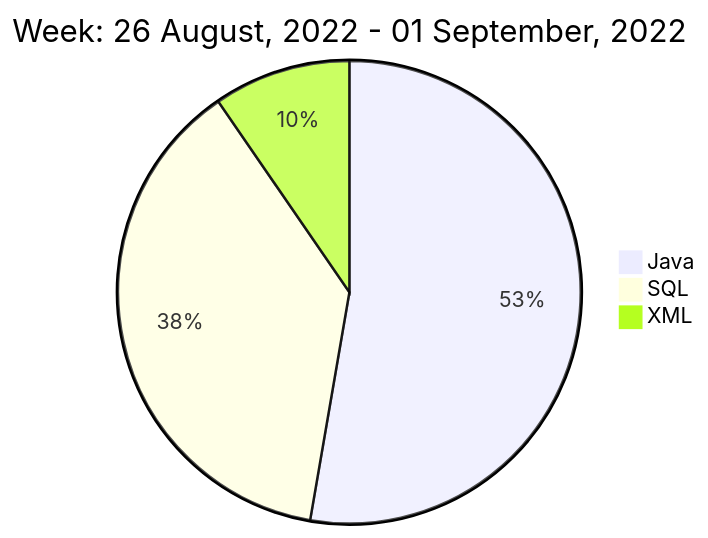
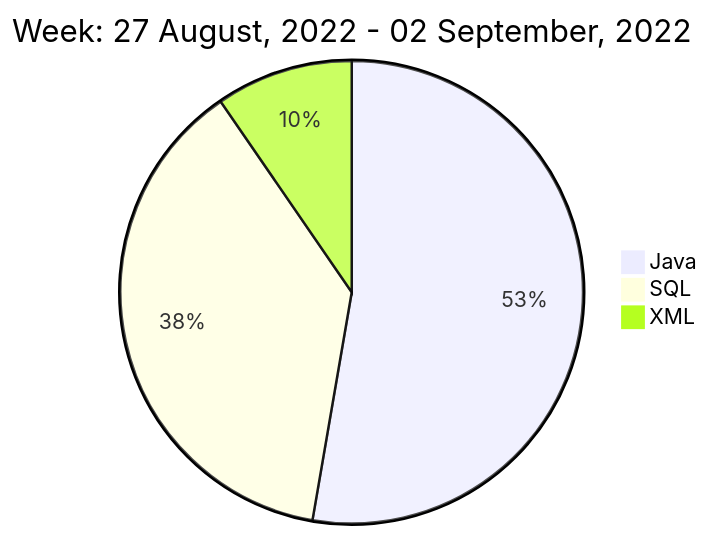
Before and after one commit to liubin95/liubin95: the diagram in README.md, drawn with Mermaid.

Commit message:
Updated the Graph with new Metrics

````diff
--- a/README.md
+++ b/README.md
@@ -40,7 +40,7 @@
 ```mermaid
  pie
-title Week: 26 August, 2022 - 01 September, 2022
+title Week: 27 August, 2022 - 02 September, 2022
  "Java" : 1.65
  "SQL" : 1.18
  "XML" : 0.3
 ```
````
